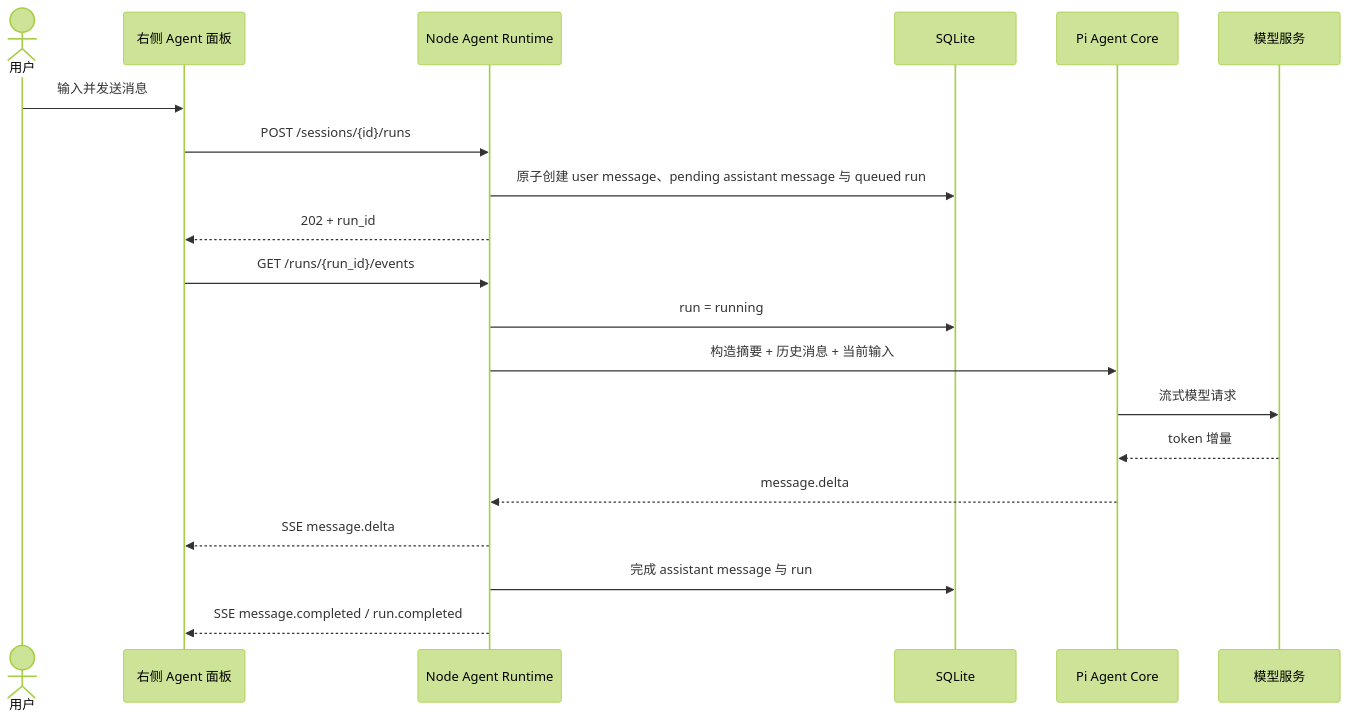
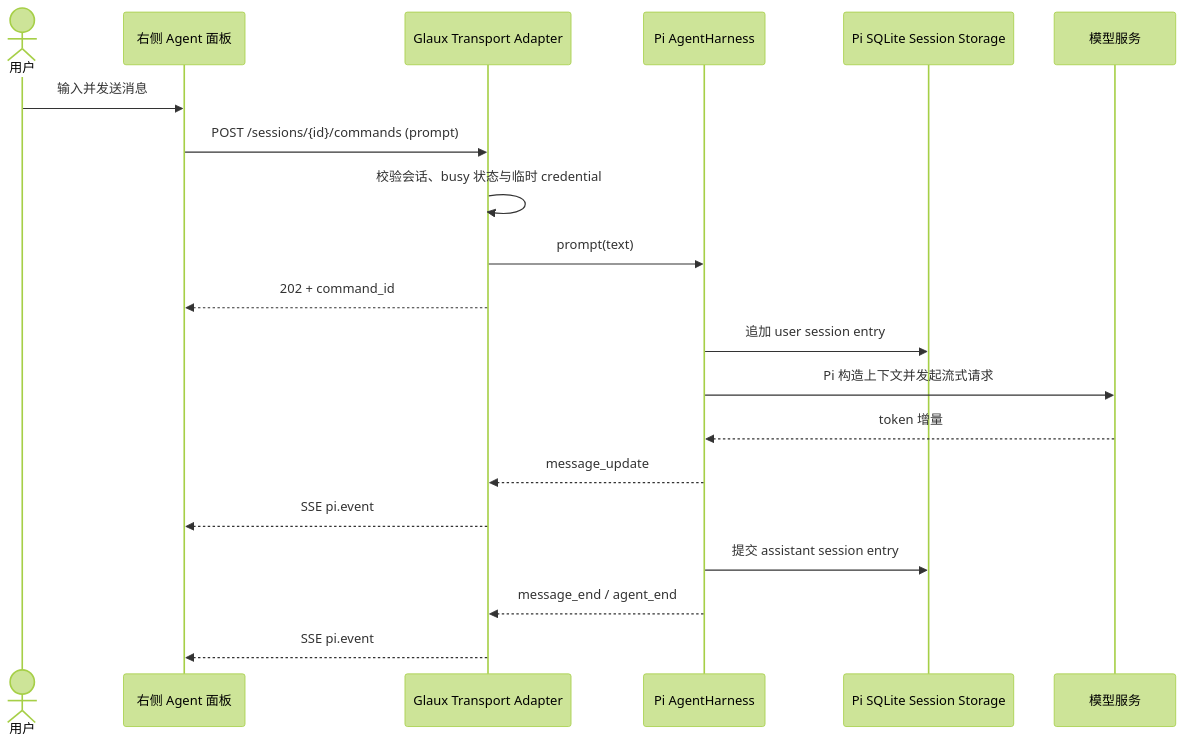
One commit to zhentai-sn/open-glaux changed the second of 5 diagrams in docs/sdd/feats/00-reference-agent-conversations/README.md. Above: the diagram before and after it, drawn with Mermaid (forest theme). The commit also changed other lines of this file, not shown here.

Commit message:
docs(sdd): align agent runtime with pi harness

````diff
--- a/docs/sdd/feats/00-reference-agent-conversations/README.md
+++ b/docs/sdd/feats/00-reference-agent-conversations/README.md
@@ -125,23 +139,23 @@
 ```mermaid
 sequenceDiagram
     actor U as 用户
     participant UI as 右侧 Agent 面板
-    participant RT as Node Agent Runtime
-    participant DB as SQLite
-    participant PI as Pi Agent Core
+    participant AD as Glaux Transport Adapter
+    participant H as Pi AgentHarness
+    participant S as Pi SQLite Session Storage
     participant LLM as 模型服务
 
     U->>UI: 输入并发送消息
-    UI->>RT: POST /sessions/{id}/runs
-    RT->>DB: 原子创建 user message、pending assistant message 与 queued run
-    RT-->>UI: 202 + run_id
-    UI->>RT: GET /runs/{run_id}/events
-    RT->>DB: run = running
-    RT->>PI: 构造摘要 + 历史消息 + 当前输入
-    PI->>LLM: 流式模型请求
-    LLM-->>PI: token 增量
-    PI-->>RT: message.delta
-    RT-->>UI: SSE message.delta
-    RT->>DB: 完成 assistant message 与 run
-    RT-->>UI: SSE message.completed / run.completed
+    UI->>AD: POST /sessions/{id}/commands (prompt)
+    AD->>AD: 校验会话、busy 状态与临时 credential
+    AD->>H: prompt(text)
+    AD-->>UI: 202 + command_id
+    H->>S: 追加 user session entry
+    H->>LLM: Pi 构造上下文并发起流式请求
+    LLM-->>H: token 增量
+    H-->>AD: message_update
+    AD-->>UI: SSE pi.event
+    H->>S: 提交 assistant session entry
+    H-->>AD: message_end / agent_end
+    AD-->>UI: SSE pi.event
 ```
````
